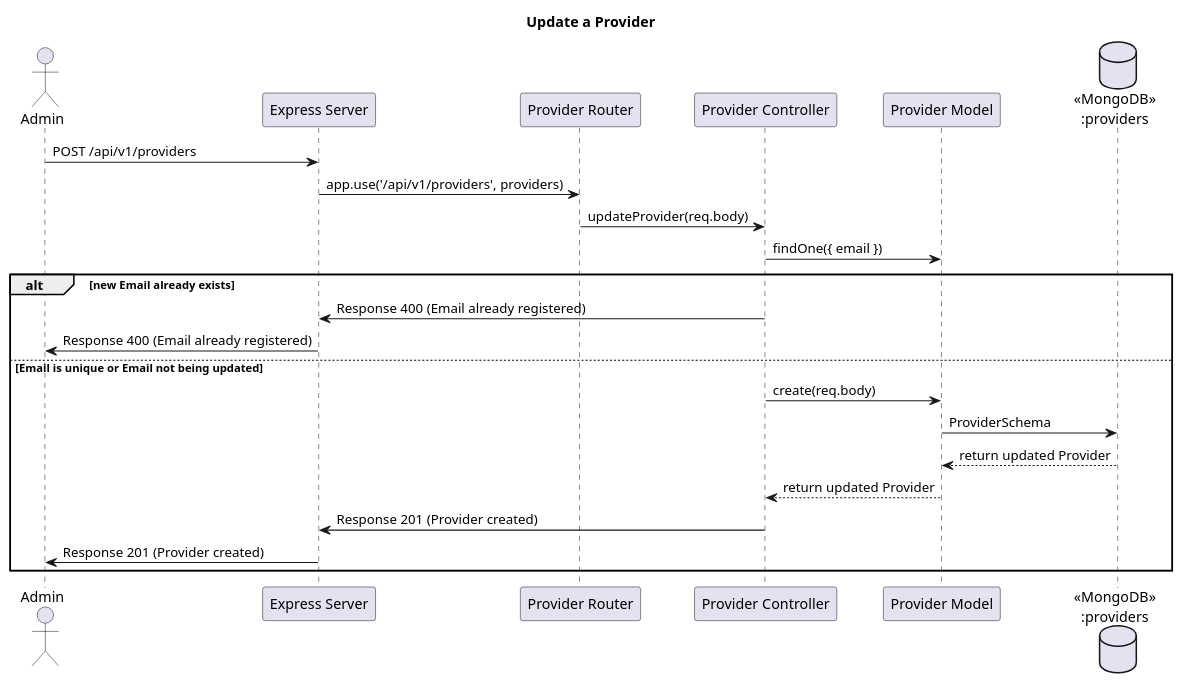
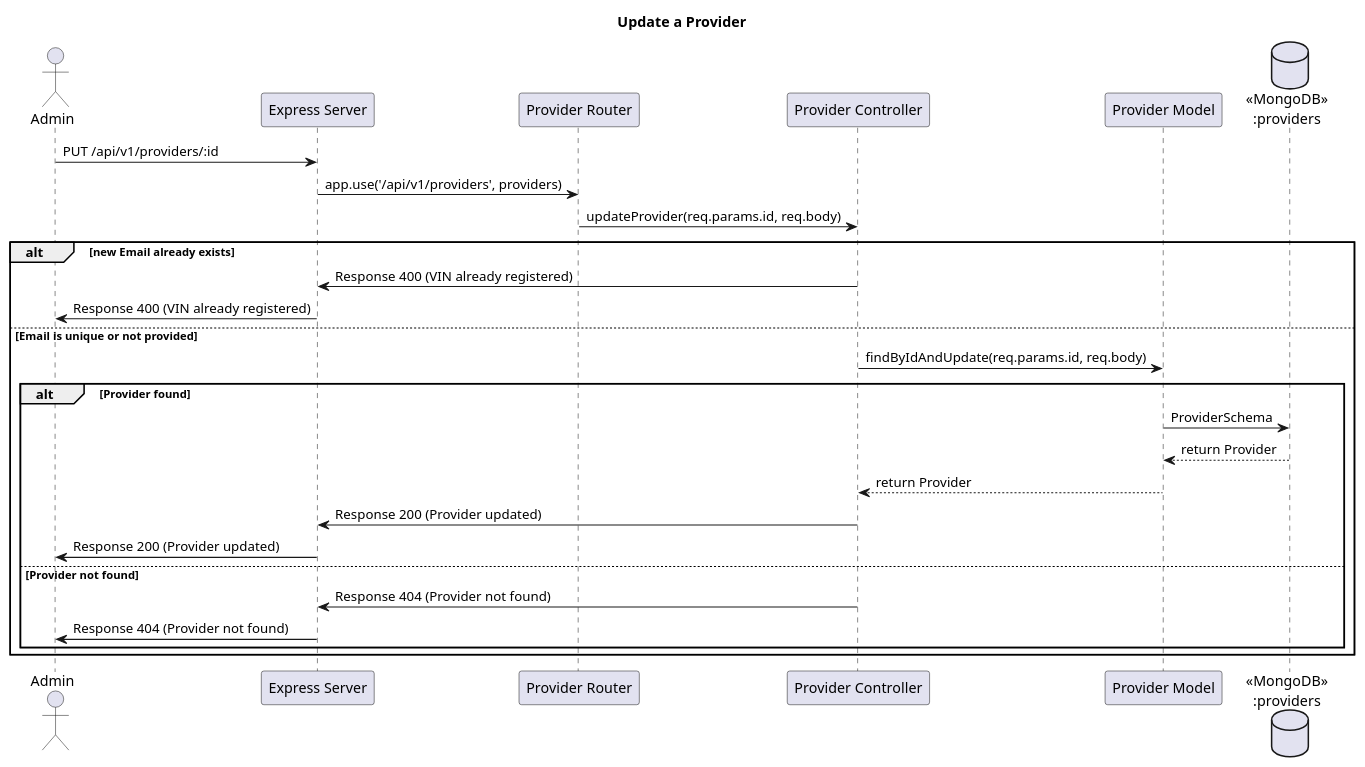
One commit to 2110503-2564/se-project-backend-23_arm-speedbus changed the diagram in UML/providerUpdate.puml. Above: the diagram before and after it, drawn with PlantUML. The commit also changed 1 other file, not shown here.

Commit message:
provider/car update

```diff
--- a/UML/providerUpdate.puml
+++ b/UML/providerUpdate.puml
@@ -1,26 +1,30 @@
 @startuml
 title Update a Provider
 
 actor Admin
 participant "Express Server" as Server
 participant "Provider Router" as Router
 participant "Provider Controller" as Controller
 participant "Provider Model" as Model
 database "«MongoDB»\n:providers" as Database
 
-Admin -> Server: POST /api/v1/providers
+Admin -> Server: PUT /api/v1/providers/:id
 Server -> Router: app.use('/api/v1/providers', providers)
-Router -> Controller: updateProvider(req.body)
-Controller -> Model: findOne({ email })
+Router -> Controller: updateProvider(req.params.id, req.body)
 alt new Email already exists
-    Controller -> Server: Response 400 (Email already registered)
-    Server -> Admin: Response 400 (Email already registered)
-else Email is unique or Email not being updated
-    Controller -> Model: create(req.body)
-    Model -> Database: ProviderSchema
-    Database --> Model: return updated Provider
-    Model --> Controller: return updated Provider
-    Controller -> Server: Response 201 (Provider created)
-    Server -> Admin: Response 201 (Provider created)
+    Controller -> Server: Response 400 (VIN already registered)
+    Server -> Admin: Response 400 (VIN already registered)
+else Email is unique or not provided
+    Controller -> Model: findByIdAndUpdate(req.params.id, req.body)
+    alt Provider found
+        Model -> Database: ProviderSchema
+        Database --> Model: return Provider
+        Model --> Controller: return Provider
+        Controller -> Server: Response 200 (Provider updated)
+        Server -> Admin: Response 200 (Provider updated)
+    else Provider not found
+        Controller -> Server: Response 404 (Provider not found)
+        Server -> Admin: Response 404 (Provider not found)
+    end
 end
-@enduml
+@endUML
```
